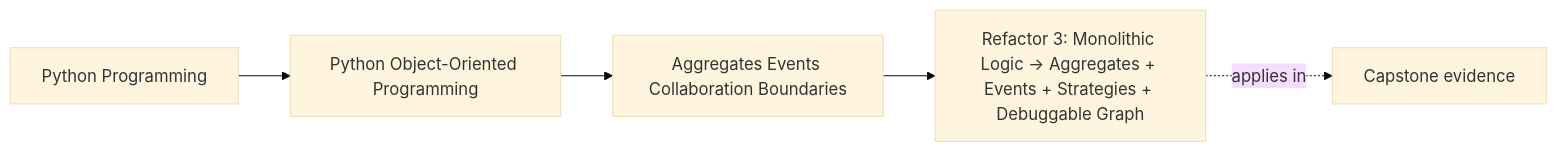
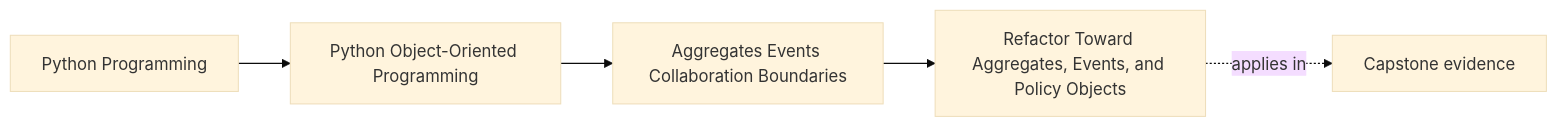
Before and after one commit to bijux/bijux-masterclass: the first of 2 diagrams in programs/python-programming/python-object-oriented-programming/course-book/module-04-aggregates-events-collaboration-boundaries/refactor-aggregates-events-and-strategies.md, drawn with Mermaid (base theme). The commit also changed other lines of this file, not shown here.

````diff
--- a/programs/python-programming/python-object-oriented-programming/course-book/module-04-aggregates-events-collaboration-boundaries/refactor-aggregates-events-and-strategies.md
+++ b/programs/python-programming/python-object-oriented-programming/course-book/module-04-aggregates-events-collaboration-boundaries/refactor-aggregates-events-and-strategies.md
@@ -7,11 +6,11 @@
 ```mermaid
 graph LR
   family["Python Programming"]
   program["Python Object-Oriented Programming"]
   section["Aggregates Events Collaboration Boundaries"]
-  page["Refactor 3: Monolithic Logic → Aggregates + Events + Strategies + Debuggable Graph"]
+  page["Refactor Toward Aggregates, Events, and Policy Objects"]
   capstone["Capstone evidence"]
 
   family --> program --> section --> page
   page -.applies in.-> capstone
 ```
````
